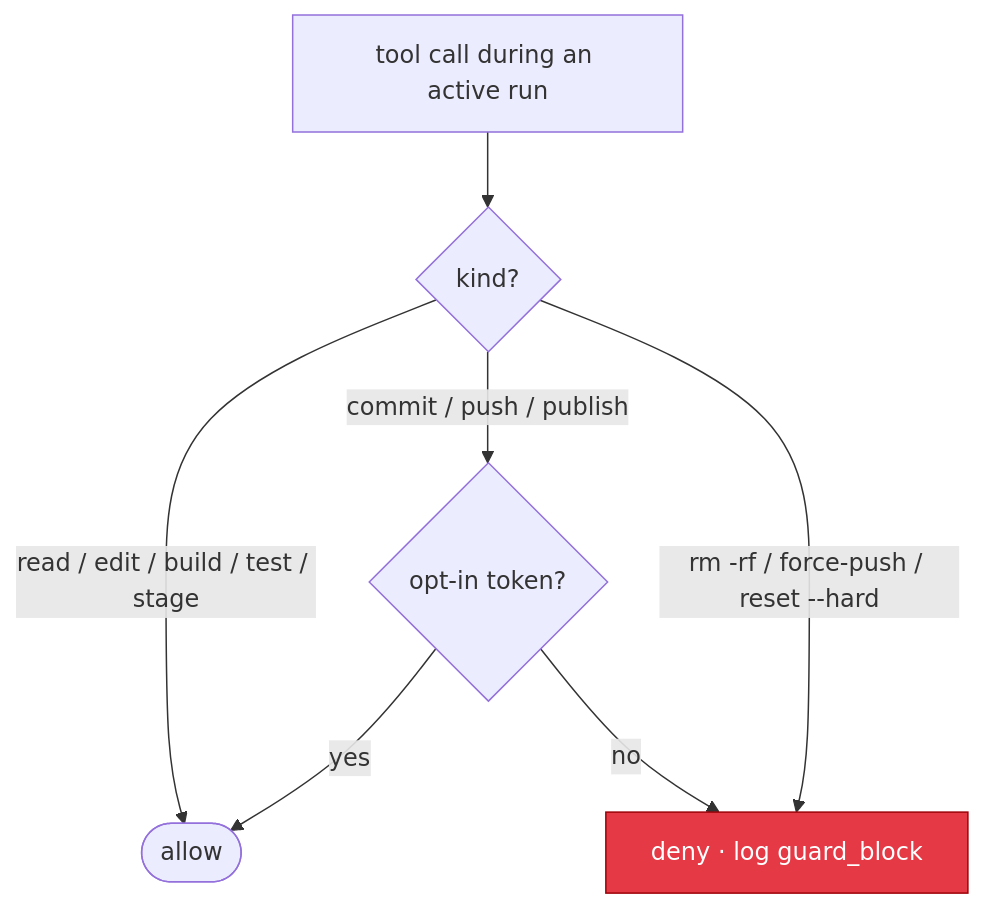
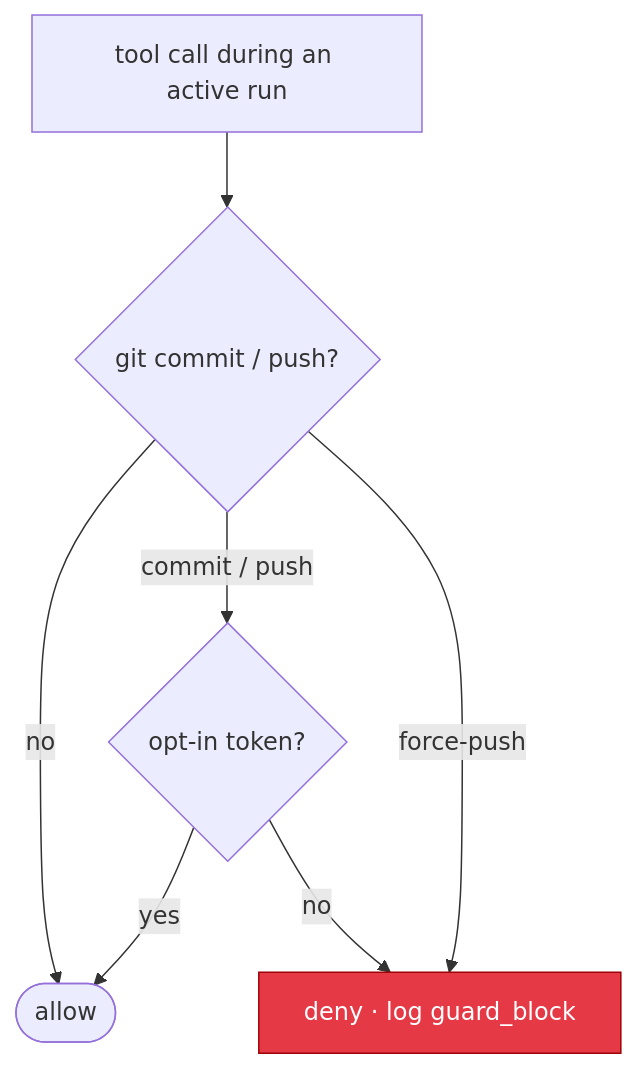
One commit to Jonhvmp/leopold changed the diagram in docs/guardrails.md. Above: the diagram before and after it, drawn with Mermaid. The commit also changed other lines of this file and 22 other files, not shown here.

````diff
--- a/docs/guardrails.md
+++ b/docs/guardrails.md
@@ -27,11 +22,11 @@
 ```mermaid
 flowchart TD
-    Cmd["tool call during an active run"] --> Type{kind?}
-    Type -- "read / edit / build / test / stage" --> Allow([allow])
-    Type -- "commit / push / publish" --> Token{opt-in token?}
+    Cmd["tool call during an active run"] --> Type{git commit / push?}
+    Type -- no --> Allow([allow])
+    Type -- "commit / push" --> Token{opt-in token?}
     Token -- yes --> Allow
-    Token -- no --> Deny["deny · log guard_block"]
-    Type -- "rm -rf / force-push / reset --hard" --> Deny
+    Token -- "no" --> Deny["deny · log guard_block"]
+    Type -- "force-push" --> Deny
     classDef deny fill:#e63946,stroke:#9d0208,color:#fff;
     class Deny deny;
 ```
````
